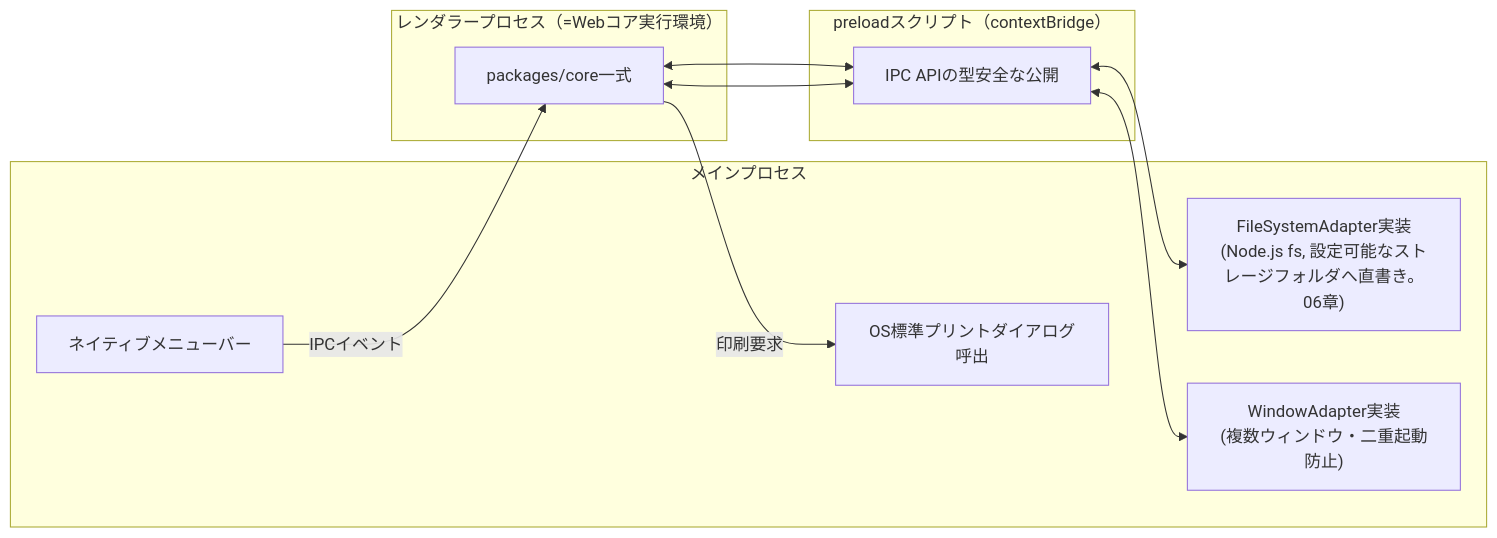
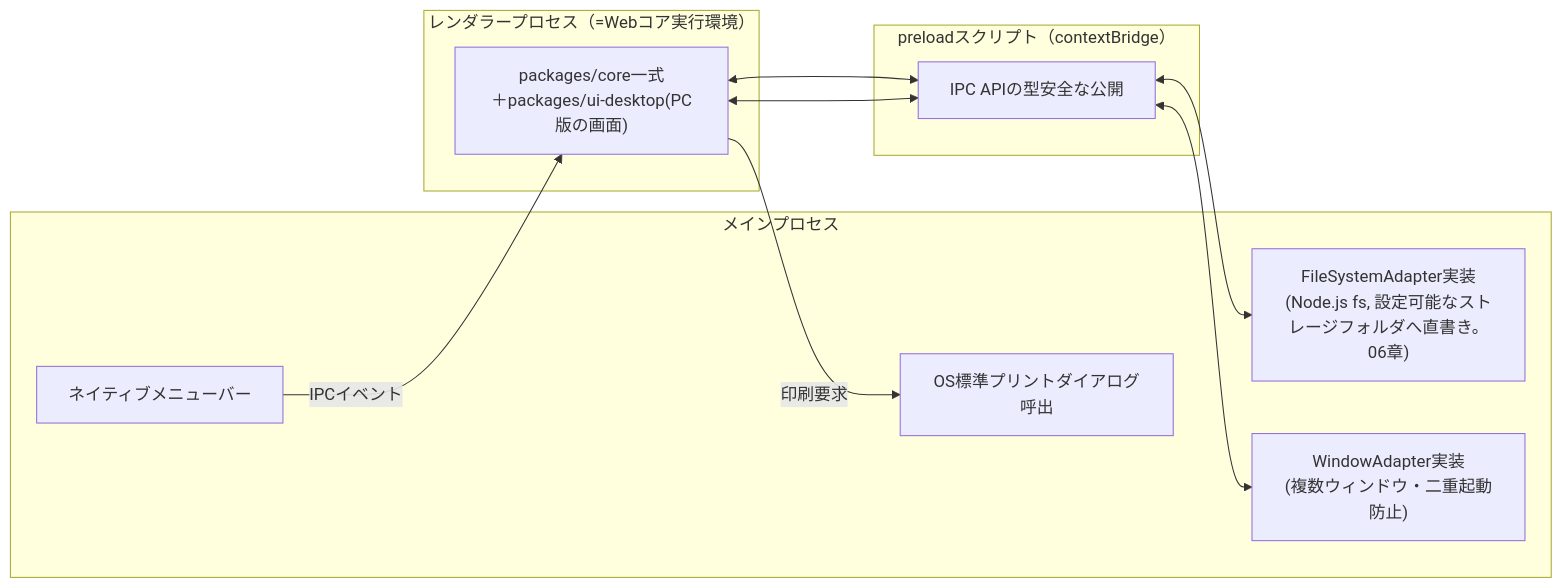
The second of 2 diagrams in docs/basic_design/01_architecture.md (ippoooooshi/RiFF-LiNE), drawn with Mermaid before and after one commit. The commit also changed other lines of this file and 9 other files, not shown here.

````diff
--- a/docs/basic_design/01_architecture.md
+++ b/docs/basic_design/01_architecture.md
@@ -137,19 +138,19 @@
 ```mermaid
 flowchart LR
     subgraph Main["メインプロセス"]
         MFS["FileSystemAdapter実装\n(Node.js fs, 設定可能なストレージフォルダへ直書き。06章)"]
         MWIN["WindowAdapter実装\n(複数ウィンドウ・二重起動防止)"]
         MMENU["ネイティブメニューバー"]
         MPRINT["OS標準プリントダイアログ呼出"]
     end
     subgraph Preload["preloadスクリプト（contextBridge）"]
         BRIDGE["IPC APIの型安全な公開"]
     end
     subgraph Renderer["レンダラープロセス（=Webコア実行環境）"]
-        CORE["packages/core一式"]
+        CORE["packages/core一式\n＋packages/ui-desktop(PC版の画面)"]
     end
     CORE <--> BRIDGE <--> MFS
     CORE <--> BRIDGE <--> MWIN
     MMENU -->|IPCイベント| CORE
     CORE -->|印刷要求| MPRINT
 ```
````
